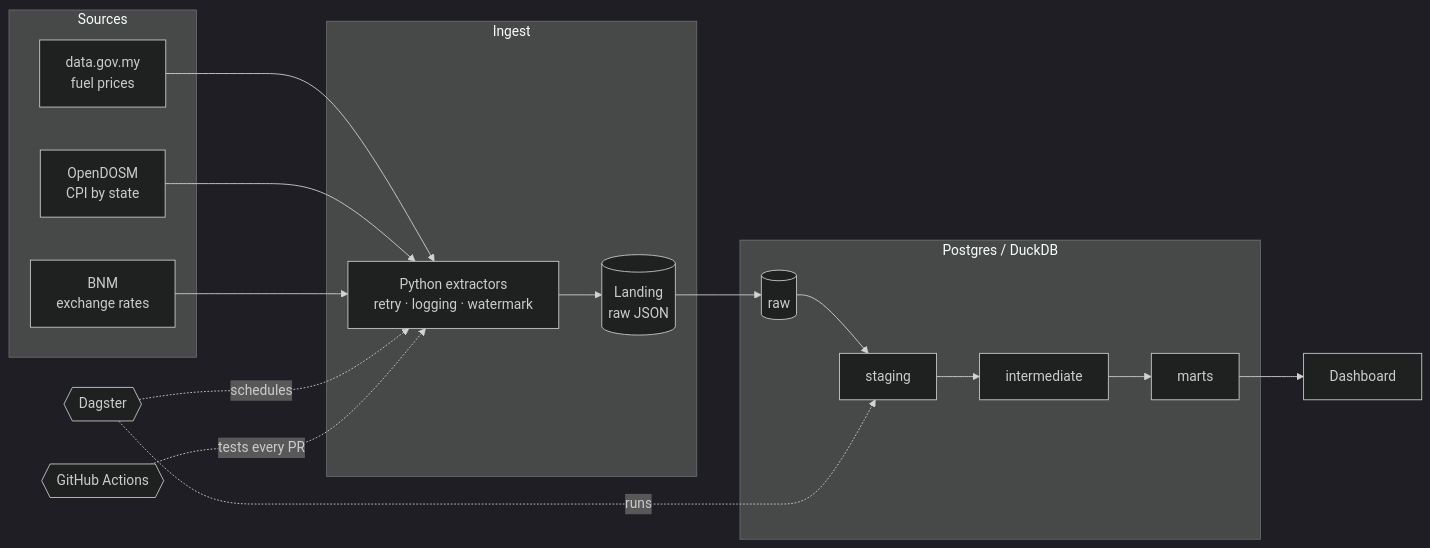
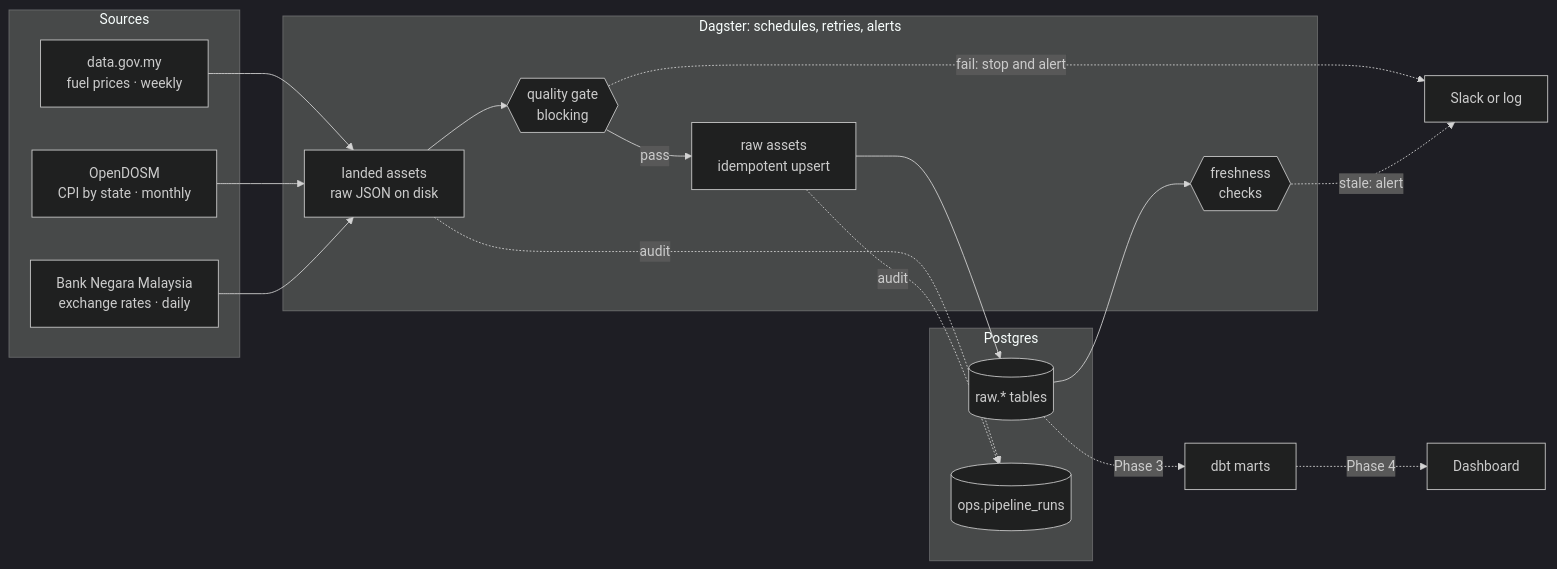
The diagram in README.md (muhammadjauzi93/malaysia-cost-of-living-platform), drawn with Mermaid (dark theme) before and after one commit. The commit also changed other lines of this file and 51 other files, not shown here.

Commit message:
Phase 2: CPI and FX sources, Dagster orchestration, quality gate

````diff
--- a/README.md
+++ b/README.md
@@ -14,20 +15,23 @@
 ```mermaid
 flowchart LR
     subgraph Sources
-        A[data.gov.my<br/>fuel prices]
-        B[OpenDOSM<br/>CPI by state]
-        C[BNM<br/>exchange rates]
+        A[data.gov.my<br/>fuel prices · weekly]
+        B[OpenDOSM<br/>CPI by state · monthly]
+        C[Bank Negara Malaysia<br/>exchange rates · daily]
     end
-    subgraph Ingest
-        D[Python extractors<br/>retry · logging · watermark]
-        L[(Landing<br/>raw JSON)]
+    subgraph Dagster["Dagster: schedules, retries, alerts"]
+        L[landed assets<br/>raw JSON on disk]
+        G{{quality gate<br/>blocking}}
+        R[raw assets<br/>idempotent upsert]
+        F{{freshness<br/>checks}}
     end
-    subgraph Warehouse[Postgres / DuckDB]
-        R[(raw)] --> S[staging] --> I[intermediate] --> M[marts]
+    subgraph Postgres
+        T[(raw.* tables)]
+        O[(ops.pipeline_runs)]
     end
-    A & B & C --> D --> L --> R
-    M --> V[Dashboard]
-    O{{Dagster}} -.schedules.-> D
-    O -.runs.-> S
-    CI{{GitHub Actions}} -.tests every PR.-> D
+    A & B & C --> L --> G -->|pass| R --> T
+    G -.->|"fail: stop and alert"| X[Slack or log]
+    T --> F -.->|"stale: alert"| X
+    L & R -.audit.-> O
+    T -. Phase 3 .-> D[dbt marts] -. Phase 4 .-> V[Dashboard]
 ```
````
